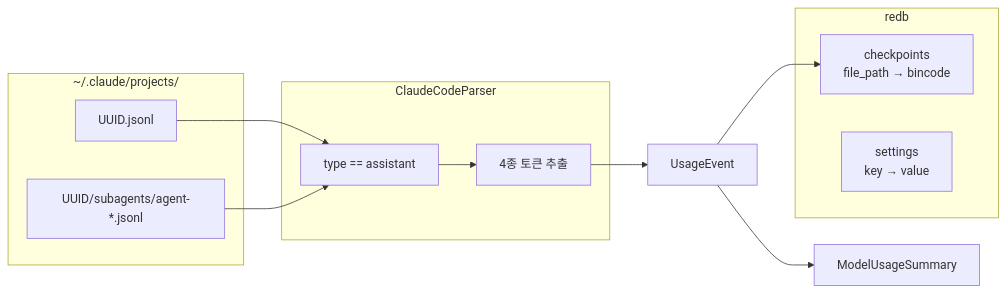
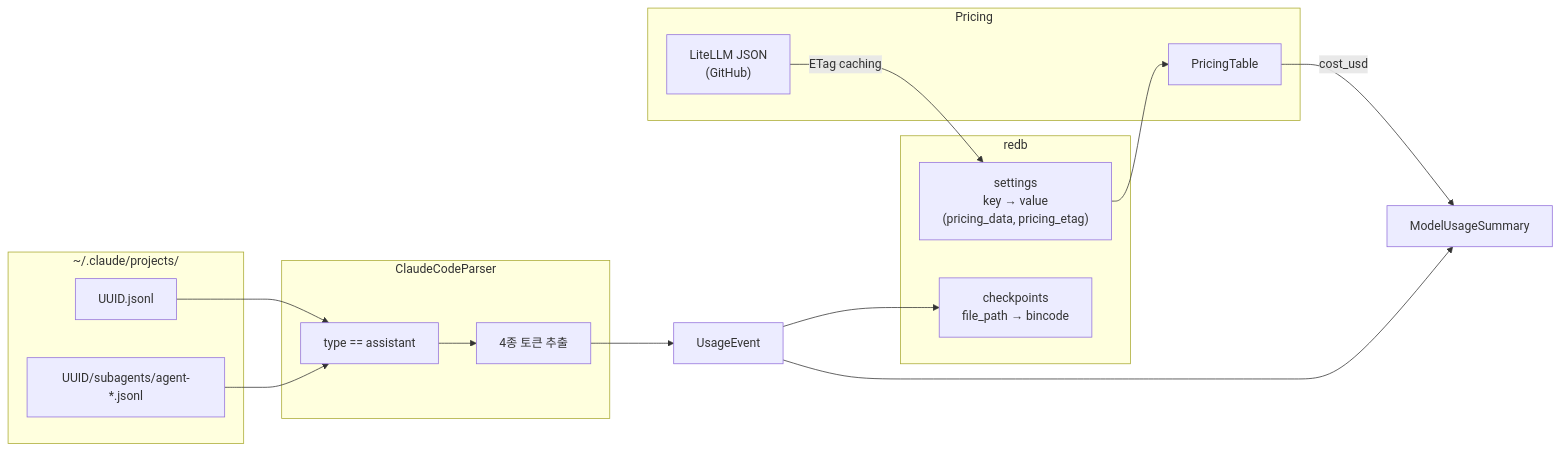
The fourth of 4 diagrams in README.md (korjwl1/toki), drawn with Mermaid before and after one commit. The commit also changed other lines of this file and 5 other files, not shown here.

First line of the commit message:
Add cost calculation with LiteLLM pricing and ETag caching

````diff
--- a/README.md
+++ b/README.md
@@ -339,24 +359,32 @@
 ```mermaid
 flowchart LR
     subgraph Source["~/.claude/projects/"]
         jsonl1["UUID.jsonl"]
         jsonl2["UUID/subagents/agent-*.jsonl"]
     end
 
     subgraph Parser["ClaudeCodeParser"]
         filter["type == assistant"]
         extract["4종 토큰 추출"]
     end
 
     subgraph Storage["redb"]
         cp["checkpoints\nfile_path → bincode"]
-        st["settings\nkey → value"]
+        st["settings\nkey → value\n(pricing_data, pricing_etag)"]
+    end
+
+    subgraph Pricing["Pricing"]
+        litellm["LiteLLM JSON\n(GitHub)"]
+        ptable["PricingTable"]
     end
 
     jsonl1 --> filter
     jsonl2 --> filter
     filter --> extract
     extract --> event["UsageEvent"]
     event --> summary["ModelUsageSummary"]
     event --> cp
+    litellm -->|"ETag caching"| st
+    st --> ptable
+    ptable -->|"cost_usd"| summary
 ```
````
